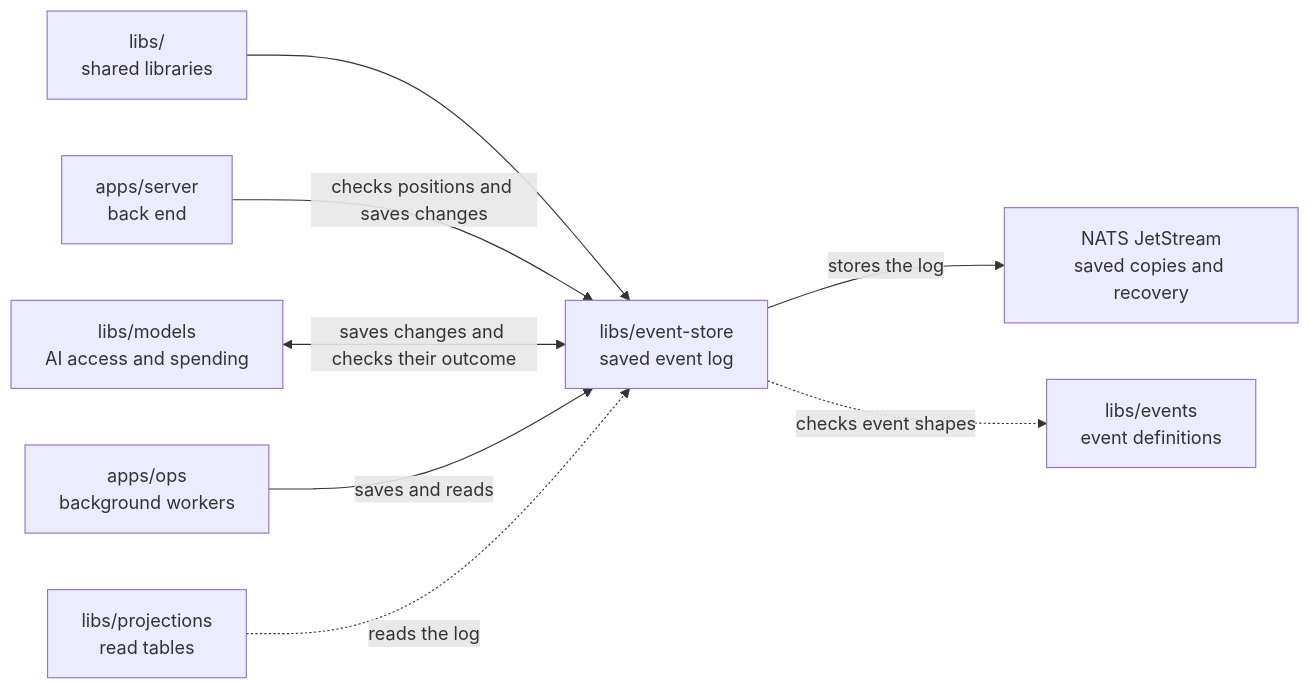
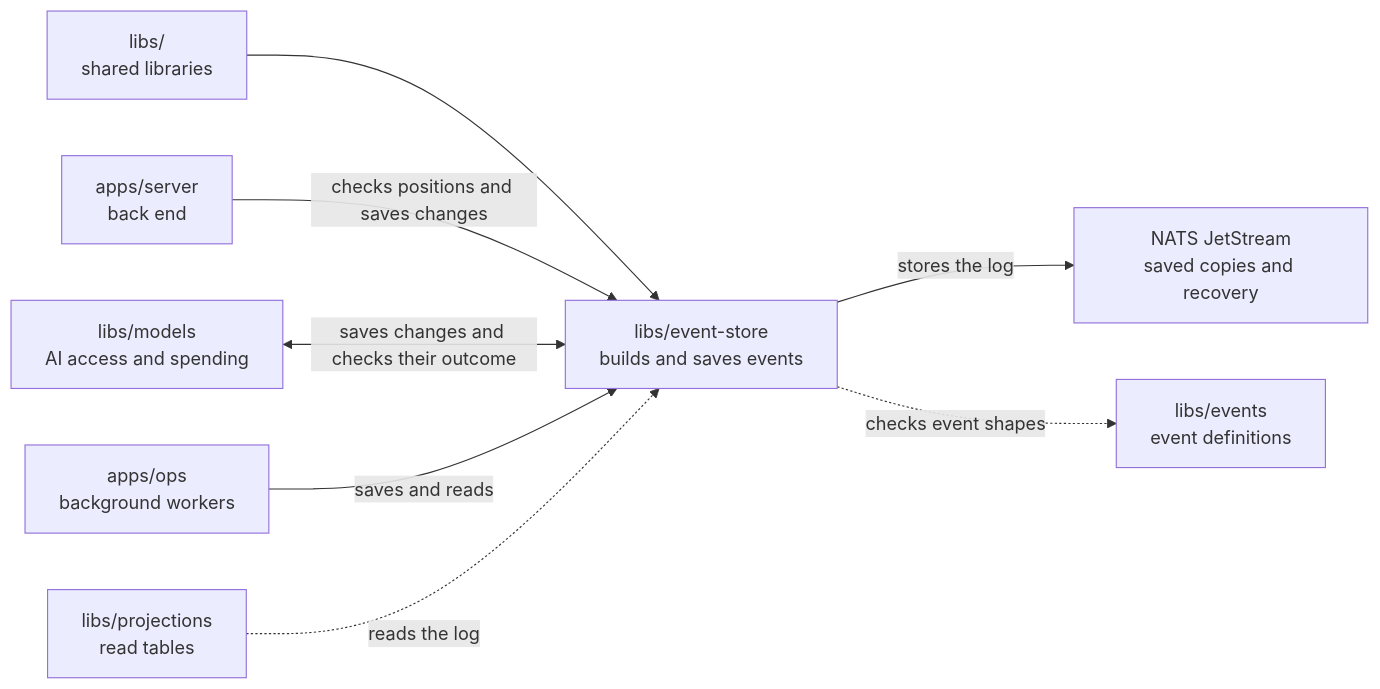
One commit to elewa-git/opencrane-new changed the diagram in libs/event-store/README.md. Above: the diagram before and after it, drawn with Mermaid. The commit also changed other lines of this file and 126 other files, not shown here.

````diff
--- a/libs/event-store/README.md
+++ b/libs/event-store/README.md
@@ -23,10 +23,10 @@
 ```mermaid
 flowchart LR
-  parent["libs/<br/>shared libraries"] --> store["libs/event-store<br/>saved event log"]
+  parent["libs/<br/>shared libraries"] --> store["libs/event-store<br/>builds and saves events"]
   server["apps/server<br/>back end"] -->|checks positions and saves changes| store
   models["libs/models<br/>AI access and spending"] <-->|saves changes and checks their outcome| store
   ops["apps/ops<br/>background workers"] -->|saves and reads| store
   projections["libs/projections<br/>read tables"] -.->|reads the log| store
   store -->|stores the log| nats["NATS JetStream<br/>saved copies and recovery"]
   store -.->|checks event shapes| events["libs/events<br/>event definitions"]
 ```
````
